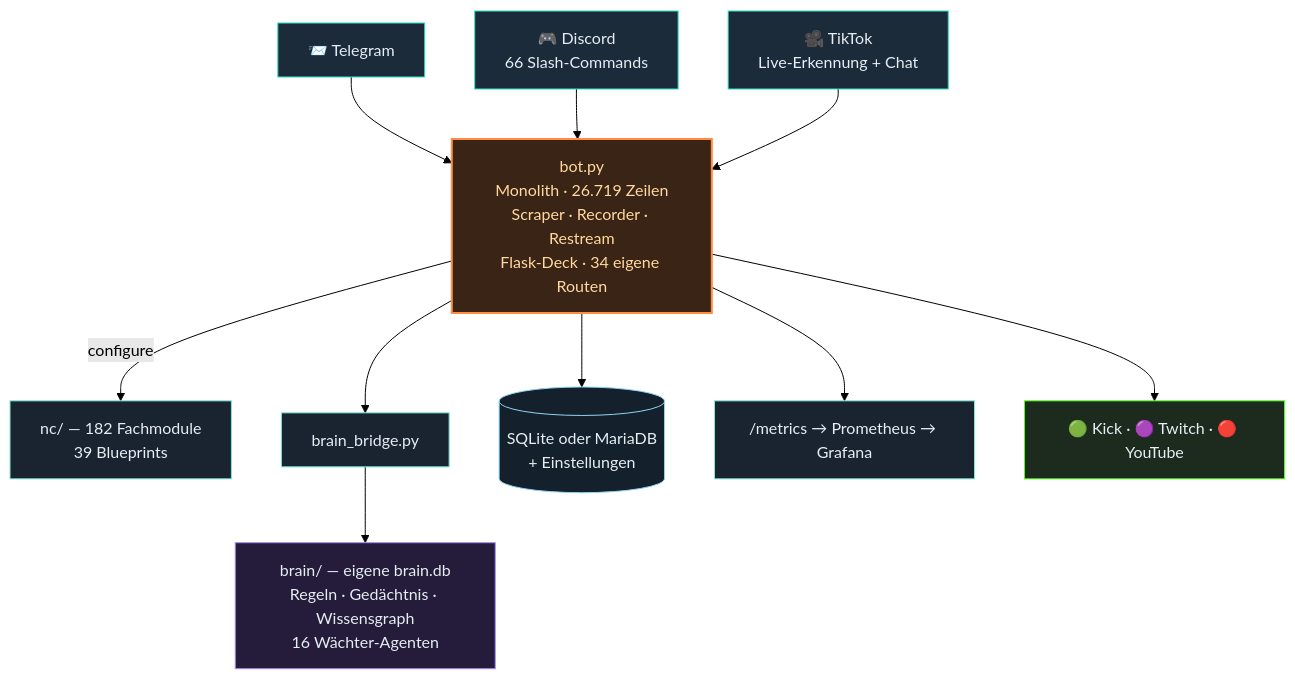
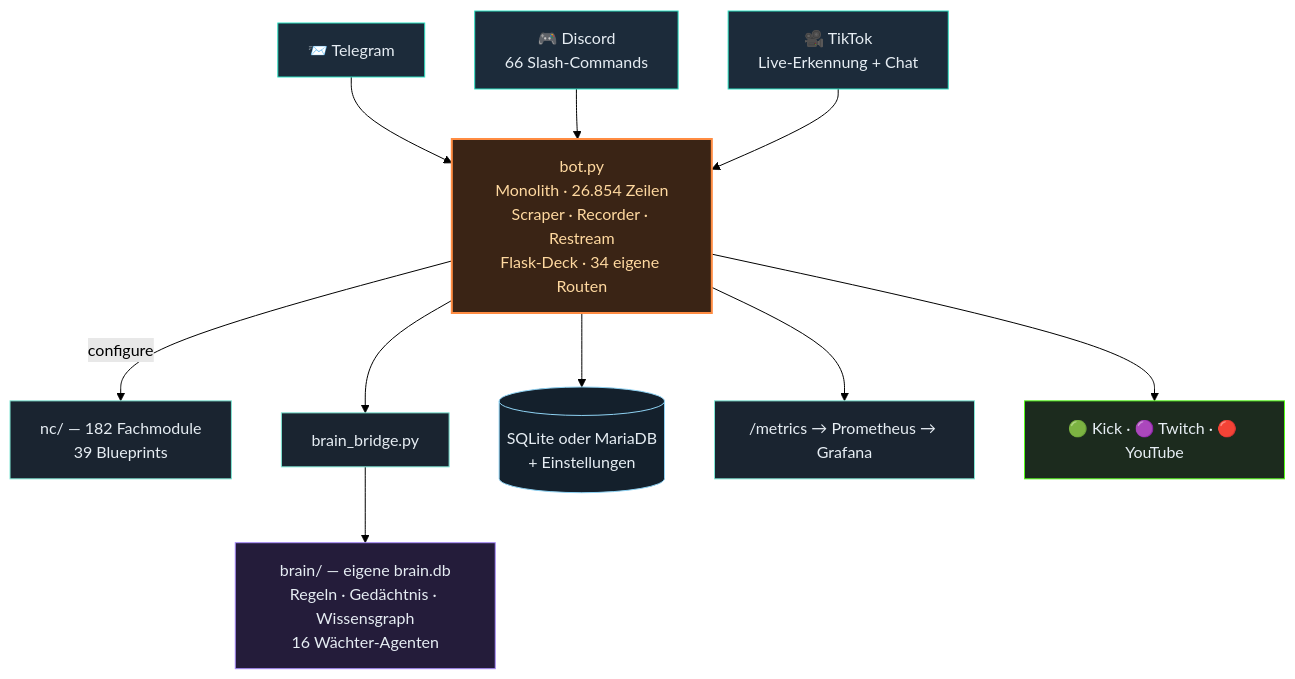
Before and after one commit to itsamemedev/Telegram-Stream-Info-Bot: the second of 3 diagrams in README.md, drawn with Mermaid (forest theme). The commit also changed other lines of this file and 14 other files, not shown here.

````diff
--- a/README.md
+++ b/README.md
@@ -118,19 +118,19 @@
 ```mermaid
 flowchart TB
     TG["📨 Telegram"]:::ein --> BOT
     DC["🎮 Discord<br/>66 Slash-Commands"]:::ein --> BOT
     TT["🎥 TikTok<br/>Live-Erkennung + Chat"]:::ein --> BOT
-    BOT["bot.py<br/>Monolith · 26.719 Zeilen<br/>Scraper · Recorder · Restream<br/>Flask-Deck · 34 eigene Routen"]:::core
+    BOT["bot.py<br/>Monolith · 26.854 Zeilen<br/>Scraper · Recorder · Restream<br/>Flask-Deck · 34 eigene Routen"]:::core
     BOT -->|configure| NC["nc/ — 182 Fachmodule<br/>39 Blueprints"]:::lib
     BOT --> BR["brain_bridge.py"]:::lib
     BR --> BRAIN["brain/ — eigene brain.db<br/>Regeln · Gedächtnis · Wissensgraph<br/>16 Wächter-Agenten"]:::brain
     BOT --> DB[("SQLite oder MariaDB<br/>+ Einstellungen")]:::db
     BOT --> PROM["/metrics → Prometheus → Grafana"]:::lib
     BOT --> OUT["🟢 Kick · 🟣 Twitch · 🔴 YouTube"]:::out
     classDef ein fill:#1c2b3a,stroke:#2de1c2,color:#e6edf3
     classDef core fill:#3a2415,stroke:#ff8c42,stroke-width:2px,color:#ffd9a0
     classDef lib fill:#1a2430,stroke:#7fe7d4,color:#e6edf3
     classDef brain fill:#241c3a,stroke:#a78bfa,color:#e6edf3
     classDef db fill:#14202c,stroke:#8fd3f4,color:#e6edf3
     classDef out fill:#1c2b1e,stroke:#53fc18,color:#e6edf3
 ```
````
